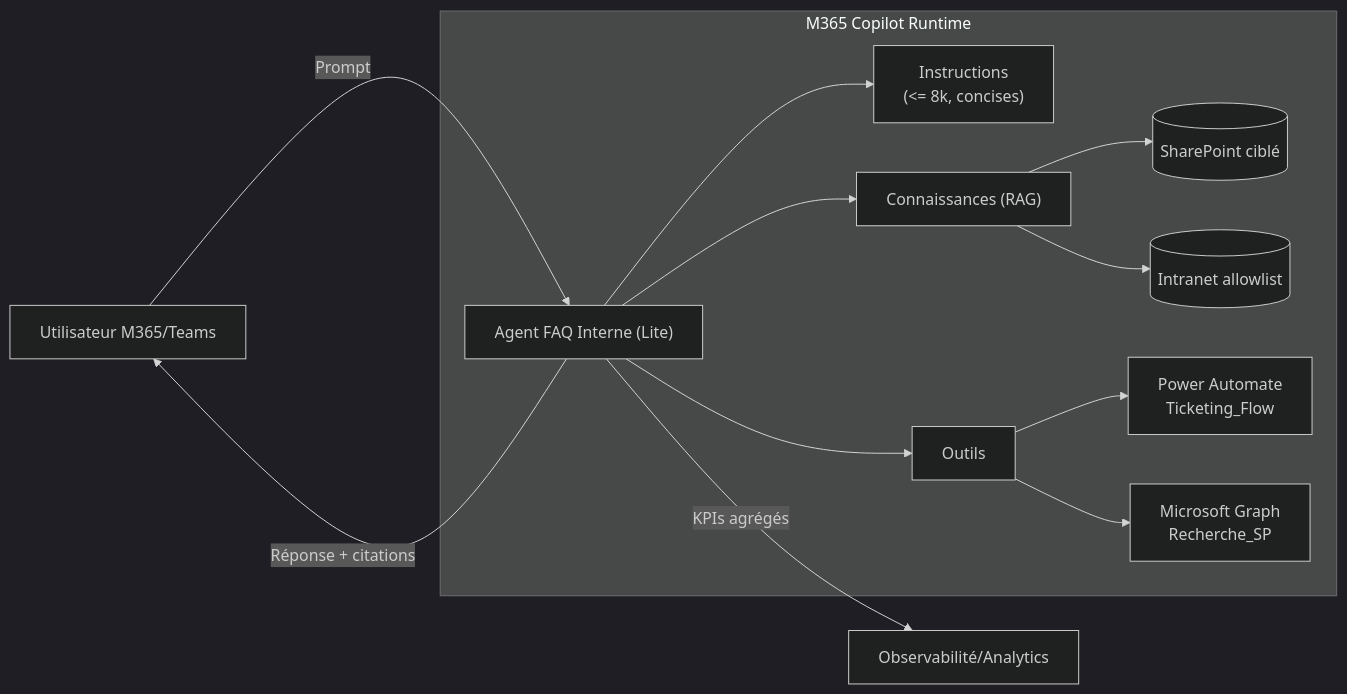
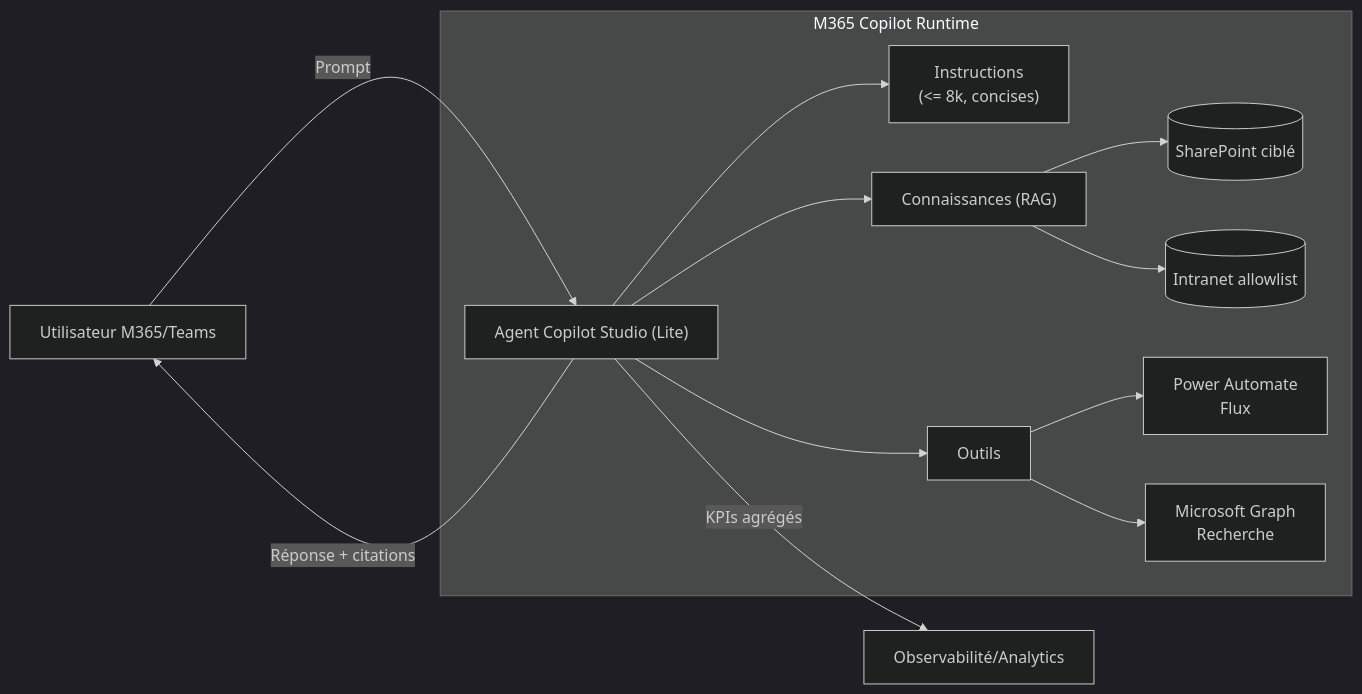
The diagram in docs/architecture.md (ngeorgeault/copilot-agent-light-template), drawn with Mermaid (dark theme) before and after one commit.

Commit message:
Update architecture diagram for Copilot Studio

````diff
--- a/docs/architecture.md
+++ b/docs/architecture.md
@@ -8,17 +8,17 @@
 ```mermaid
 flowchart LR
-  U["Utilisateur M365/Teams"] -->|Prompt| A["Agent FAQ Interne (Lite)"]
+  U["Utilisateur M365/Teams"] -->|Prompt| A["Agent Copilot Studio (Lite)"]
 
   subgraph "M365 Copilot Runtime"
-    A --> I["Instructions\n(<= 8k, concises)"]
+    A --> I["Instructions<br>(<= 8k, concises)"]
     A --> K["Connaissances (RAG)"]
     K --> SP[(SharePoint ciblé)]
     K --> WEB[(Intranet allowlist)]
     A --> T["Outils"]
-    T --> PA["Power Automate\nTicketing_Flow"]
-    T --> GRAPH["Microsoft Graph\nRecherche_SP"]
+    T --> PA["Power Automate<br>Flux"]
+    T --> GRAPH["Microsoft Graph<br>Recherche"]
   end
 
   A -->|Réponse + citations| U
   A -->|KPIs agrégés| OBS["Observabilité/Analytics"]
 ```
````
